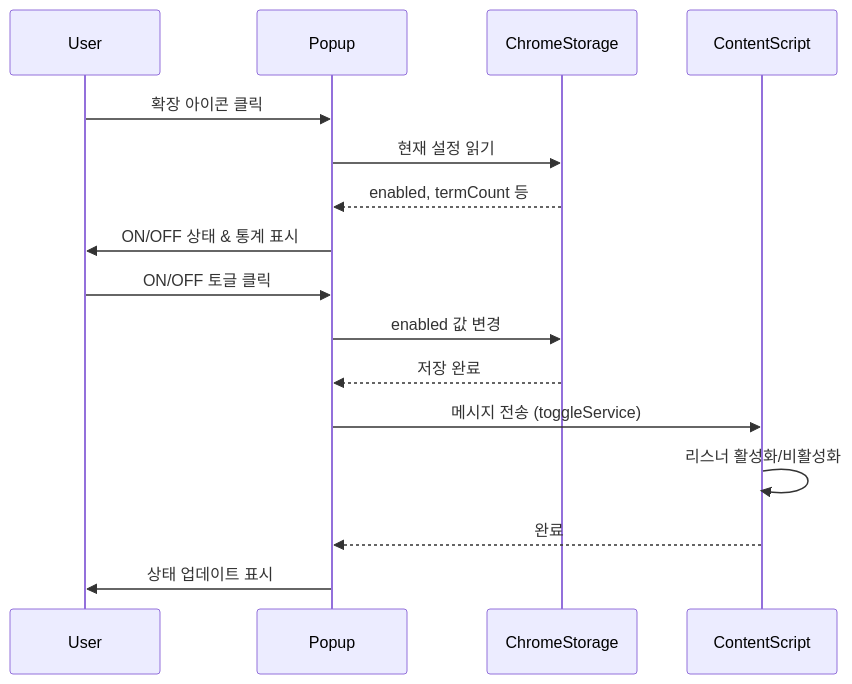
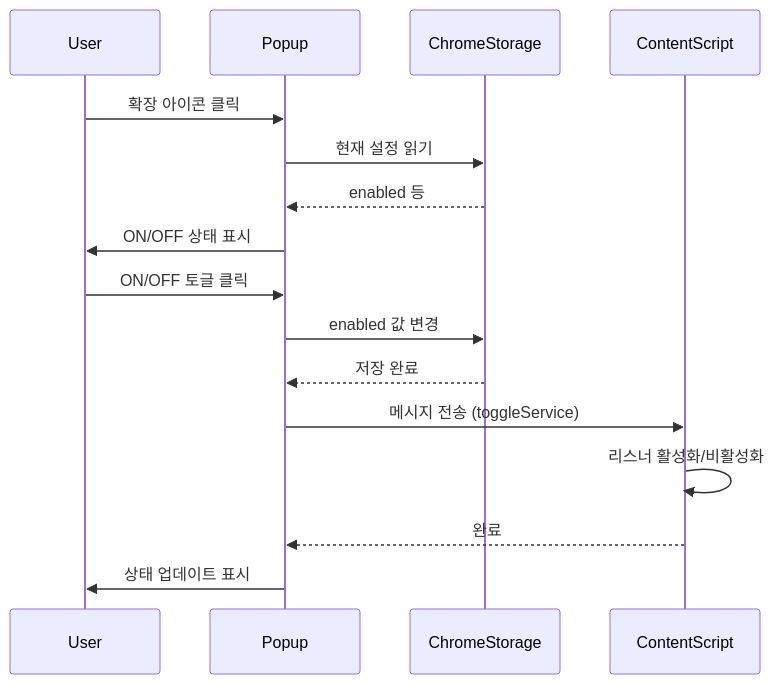
One commit to wrtn-edu-swu-bootcamp/project_4 changed the fifth of 5 diagrams in docs/코드_아키텍처.md. Above: the diagram before and after it, drawn with Mermaid. The commit also changed other lines of this file and 37 other files, not shown here.

````diff
--- a/docs/코드_아키텍처.md
+++ b/docs/코드_아키텍처.md
@@ -758,20 +727,20 @@
 ```mermaid
 sequenceDiagram
     participant User
     participant Popup
     participant ChromeStorage
     participant ContentScript
     
     User->>Popup: 확장 아이콘 클릭
     Popup->>ChromeStorage: 현재 설정 읽기
-    ChromeStorage-->>Popup: enabled, termCount 등
-    Popup->>User: ON/OFF 상태 & 통계 표시
+    ChromeStorage-->>Popup: enabled 등
+    Popup->>User: ON/OFF 상태 표시
     
     User->>Popup: ON/OFF 토글 클릭
     Popup->>ChromeStorage: enabled 값 변경
     ChromeStorage-->>Popup: 저장 완료
     Popup->>ContentScript: 메시지 전송 (toggleService)
     ContentScript->>ContentScript: 리스너 활성화/비활성화
     ContentScript-->>Popup: 완료
     Popup->>User: 상태 업데이트 표시
 ```
````
